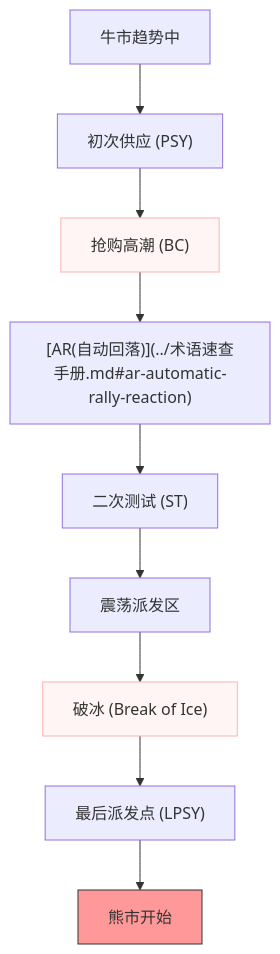
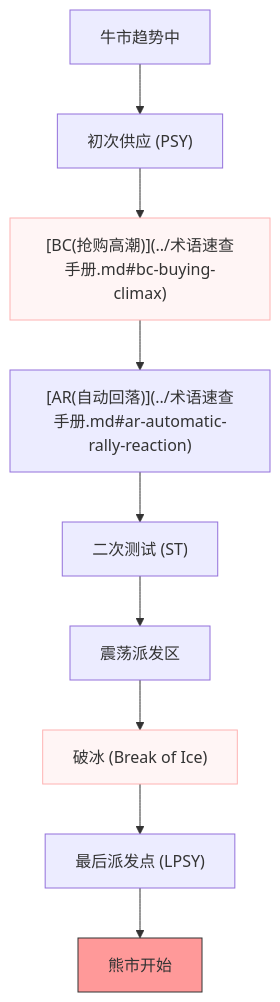
Before and after one commit to bigzhu/Wyckoff: the first of 2 diagrams in docs/第三章_威氏逃顶策略/第二节_CM的出货过程.md, drawn with Mermaid. The commit also changed other lines of this file and 12 other files, not shown here.

````diff
--- a/docs/第三章_威氏逃顶策略/第二节_CM的出货过程.md
+++ b/docs/第三章_威氏逃顶策略/第二节_CM的出货过程.md
@@ -25,14 +25,14 @@
 ```mermaid
 graph TD
     A[牛市趋势中] --> B["初次供应 (PSY)"]
-    B --> C["抢购高潮 (BC)"]
+    B --> C["[BC(抢购高潮)](../术语速查手册.md#bc-buying-climax)"]
     C --> D["[AR(自动回落)](../术语速查手册.md#ar-automatic-rally-reaction)"]
     D --> E["二次测试 (ST)"]
     E --> F[震荡派发区]
     F --> G["破冰 (Break of Ice)"]
     G --> H["最后派发点 (LPSY)"]
     H --> I[熊市开始]
     style C fill:#fff5f5,stroke:#feb2b2
     style G fill:#fff5f5,stroke:#feb2b2
     style I fill:#f99,stroke:#333
 ```
````
